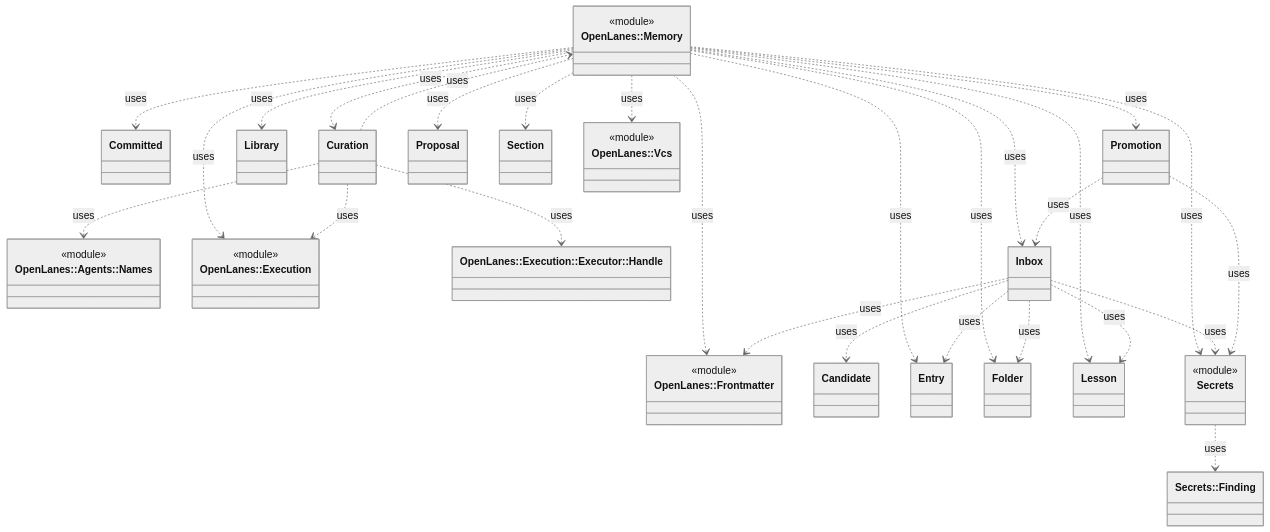
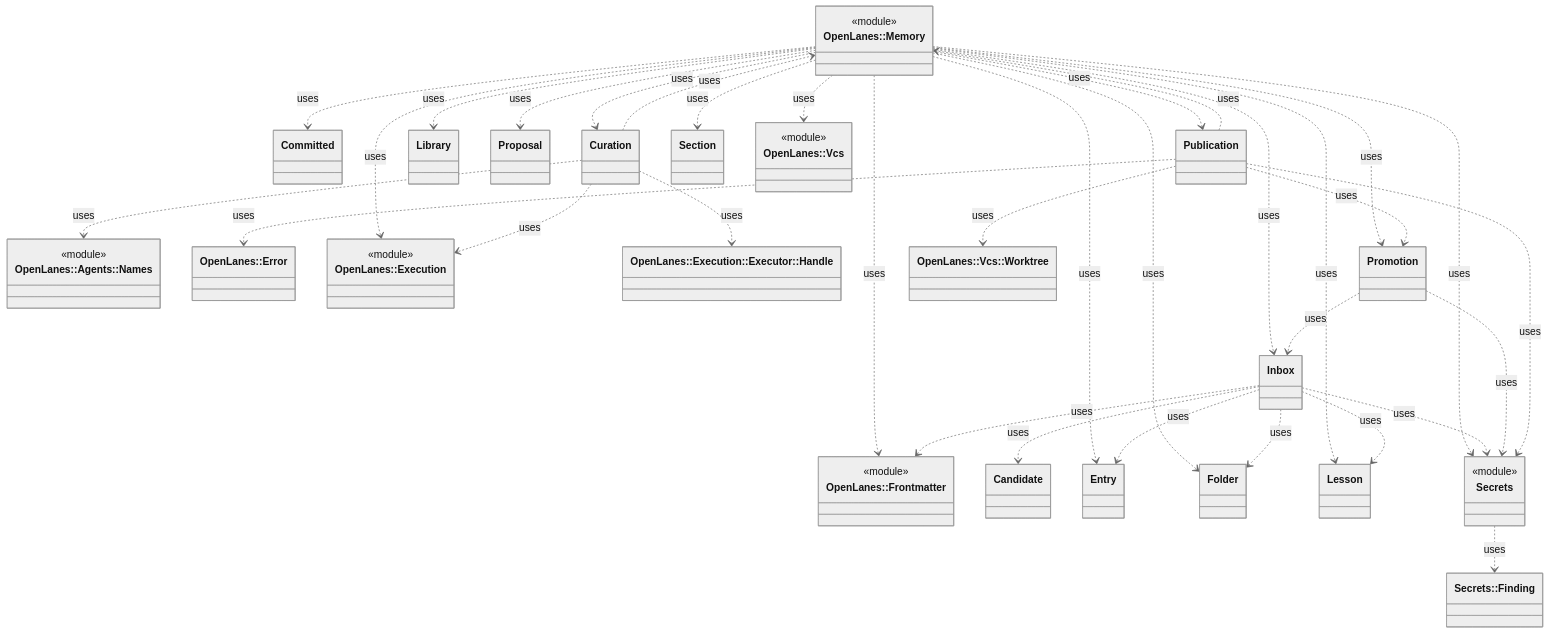
One commit to kigster/openlanes changed the diagram in docs/architecture/openlanes-memory.md. Above: the diagram before and after it, drawn with Mermaid (neutral theme). The commit also changed 36 other files, not shown here.

````diff
--- a/docs/architecture/openlanes-memory.md
+++ b/docs/architecture/openlanes-memory.md
@@ -5,55 +5,64 @@
 ```mermaid
 classDiagram
   class OpenLanes__Agents__Names["OpenLanes::Agents::Names"]
   <<module>> OpenLanes__Agents__Names
+  class OpenLanes__Error["OpenLanes::Error"]
   class OpenLanes__Execution["OpenLanes::Execution"]
   <<module>> OpenLanes__Execution
   class OpenLanes__Execution__Executor__Handle["OpenLanes::Execution::Executor::Handle"]
   class OpenLanes__Frontmatter["OpenLanes::Frontmatter"]
   <<module>> OpenLanes__Frontmatter
   class OpenLanes__Memory["OpenLanes::Memory"]
   <<module>> OpenLanes__Memory
   class OpenLanes__Memory__Candidate["Candidate"]
   class OpenLanes__Memory__Committed["Committed"]
   class OpenLanes__Memory__Curation["Curation"]
   class OpenLanes__Memory__Entry["Entry"]
   class OpenLanes__Memory__Folder["Folder"]
   class OpenLanes__Memory__Inbox["Inbox"]
   class OpenLanes__Memory__Lesson["Lesson"]
   class OpenLanes__Memory__Library["Library"]
   class OpenLanes__Memory__Promotion["Promotion"]
   class OpenLanes__Memory__Proposal["Proposal"]
+  class OpenLanes__Memory__Publication["Publication"]
   class OpenLanes__Memory__Secrets["Secrets"]
   <<module>> OpenLanes__Memory__Secrets
   class OpenLanes__Memory__Secrets__Finding["Secrets::Finding"]
   class OpenLanes__Memory__Section["Section"]
   class OpenLanes__Vcs["OpenLanes::Vcs"]
   <<module>> OpenLanes__Vcs
+  class OpenLanes__Vcs__Worktree["OpenLanes::Vcs::Worktree"]
   OpenLanes__Memory ..> OpenLanes__Execution : uses
   OpenLanes__Memory ..> OpenLanes__Frontmatter : uses
   OpenLanes__Memory ..> OpenLanes__Memory__Committed : uses
   OpenLanes__Memory ..> OpenLanes__Memory__Curation : uses
   OpenLanes__Memory ..> OpenLanes__Memory__Entry : uses
   OpenLanes__Memory ..> OpenLanes__Memory__Folder : uses
   OpenLanes__Memory ..> OpenLanes__Memory__Inbox : uses
   OpenLanes__Memory ..> OpenLanes__Memory__Lesson : uses
   OpenLanes__Memory ..> OpenLanes__Memory__Library : uses
   OpenLanes__Memory ..> OpenLanes__Memory__Promotion : uses
   OpenLanes__Memory ..> OpenLanes__Memory__Proposal : uses
+  OpenLanes__Memory ..> OpenLanes__Memory__Publication : uses
   OpenLanes__Memory ..> OpenLanes__Memory__Secrets : uses
   OpenLanes__Memory ..> OpenLanes__Memory__Section : uses
   OpenLanes__Memory ..> OpenLanes__Vcs : uses
   OpenLanes__Memory__Curation ..> OpenLanes__Agents__Names : uses
   OpenLanes__Memory__Curation ..> OpenLanes__Execution : uses
   OpenLanes__Memory__Curation ..> OpenLanes__Execution__Executor__Handle : uses
   OpenLanes__Memory__Curation ..> OpenLanes__Memory : uses
   OpenLanes__Memory__Inbox ..> OpenLanes__Frontmatter : uses
   OpenLanes__Memory__Inbox ..> OpenLanes__Memory__Candidate : uses
   OpenLanes__Memory__Inbox ..> OpenLanes__Memory__Entry : uses
   OpenLanes__Memory__Inbox ..> OpenLanes__Memory__Folder : uses
   OpenLanes__Memory__Inbox ..> OpenLanes__Memory__Lesson : uses
   OpenLanes__Memory__Inbox ..> OpenLanes__Memory__Secrets : uses
   OpenLanes__Memory__Promotion ..> OpenLanes__Memory__Inbox : uses
   OpenLanes__Memory__Promotion ..> OpenLanes__Memory__Secrets : uses
+  OpenLanes__Memory__Publication ..> OpenLanes__Error : uses
+  OpenLanes__Memory__Publication ..> OpenLanes__Memory : uses
+  OpenLanes__Memory__Publication ..> OpenLanes__Memory__Promotion : uses
+  OpenLanes__Memory__Publication ..> OpenLanes__Memory__Secrets : uses
+  OpenLanes__Memory__Publication ..> OpenLanes__Vcs__Worktree : uses
   OpenLanes__Memory__Secrets ..> OpenLanes__Memory__Secrets__Finding : uses
 ```
````
